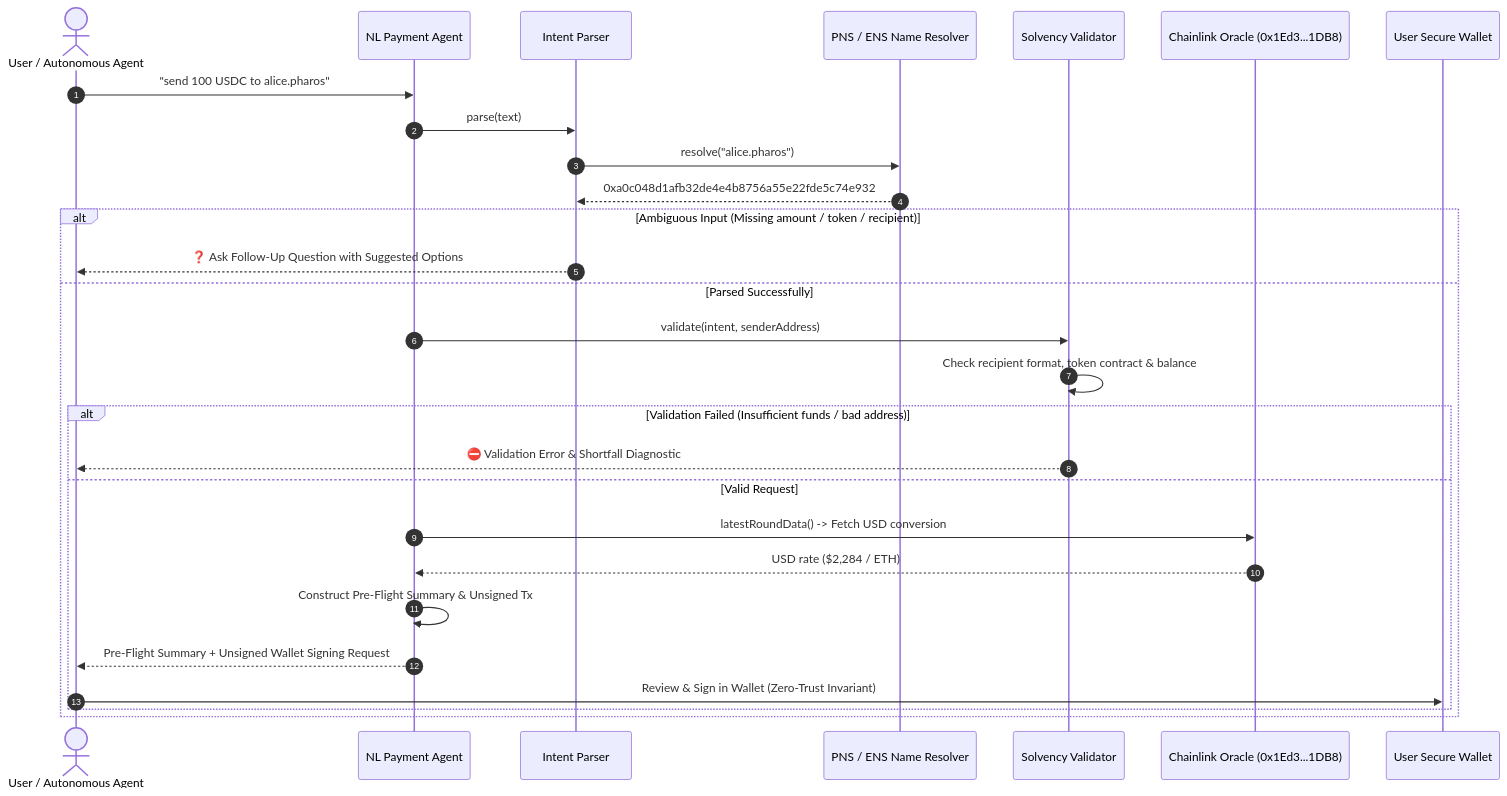
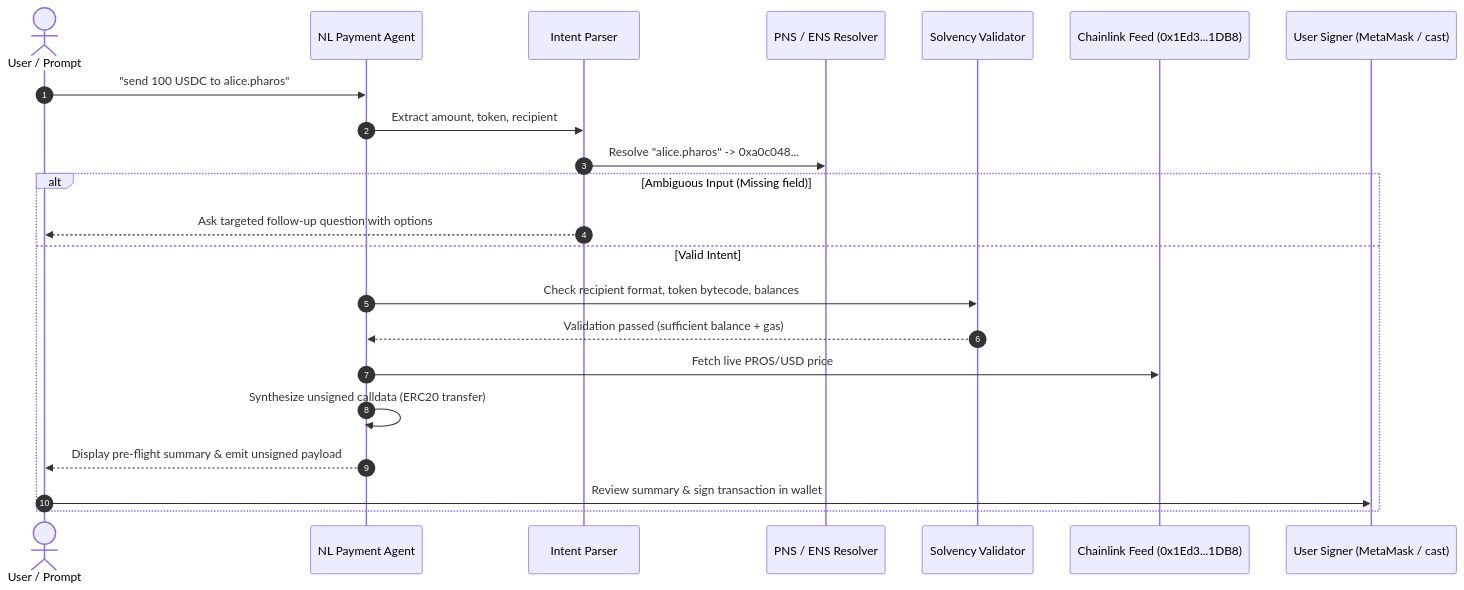
Before and after one commit to wakanda-soul/pharos-ai: the diagram in tasks/14-natural-language-payment-agent/README.md, drawn with Mermaid. The commit also changed other lines of this file and 1 other file, not shown here.

Commit message:
Refactor natural-language payment agent docs and remove corporate boilerplate

````diff
--- a/tasks/14-natural-language-payment-agent/README.md
+++ b/tasks/14-natural-language-payment-agent/README.md
@@ -43,33 +43,26 @@
 ```mermaid
 sequenceDiagram
     autonumber
-    actor User as User / Autonomous Agent
+    actor User as User / Prompt
     participant Agent as NL Payment Agent
     participant Parser as Intent Parser
-    participant Resolver as PNS / ENS Name Resolver
+    participant Resolver as PNS / ENS Resolver
     participant Validator as Solvency Validator
-    participant Oracle as Chainlink Oracle (0x1Ed3...1DB8)
-    participant Wallet as User Secure Wallet
+    participant Oracle as Chainlink Feed (0x1Ed3...1DB8)
+    participant Wallet as User Signer (MetaMask / cast)
 
     User->>Agent: "send 100 USDC to alice.pharos"
-    Agent->>Parser: parse(text)
-    Parser->>Resolver: resolve("alice.pharos")
-    Resolver-->>Parser: 0xa0c048d1afb32de4e4b8756a55e22fde5c74e932
-
-    alt Ambiguous Input (Missing amount / token / recipient)
-        Parser-->>User: ❓ Ask Follow-Up Question with Suggested Options
-    else Parsed Successfully
-        Agent->>Validator: validate(intent, senderAddress)
-        Validator->>Validator: Check recipient format, token contract & balance
-        
-        alt Validation Failed (Insufficient funds / bad address)
-            Validator-->>User: ⛔ Validation Error & Shortfall Diagnostic
-        else Valid Request
-            Agent->>Oracle: latestRoundData() -> Fetch USD conversion
-            Oracle-->>Agent: USD rate ($2,284 / ETH)
-            Agent->>Agent: Construct Pre-Flight Summary & Unsigned Tx
-            Agent-->>User: Pre-Flight Summary + Unsigned Wallet Signing Request
-            User->>Wallet: Review & Sign in Wallet (Zero-Trust Invariant)
-        end
+    Agent->>Parser: Extract amount, token, recipient
+    Parser->>Resolver: Resolve "alice.pharos" -> 0xa0c048...
+    
+    alt Ambiguous Input (Missing field)
+        Parser-->>User: Ask targeted follow-up question with options
+    else Valid Intent
+        Agent->>Validator: Check recipient format, token bytecode, balances
+        Validator-->>Agent: Validation passed (sufficient balance + gas)
+        Agent->>Oracle: Fetch live PROS/USD price
+        Agent->>Agent: Synthesize unsigned calldata (ERC20 transfer)
+        Agent-->>User: Display pre-flight summary & emit unsigned payload
+        User->>Wallet: Review summary & sign transaction in wallet
     end
 ```
````
